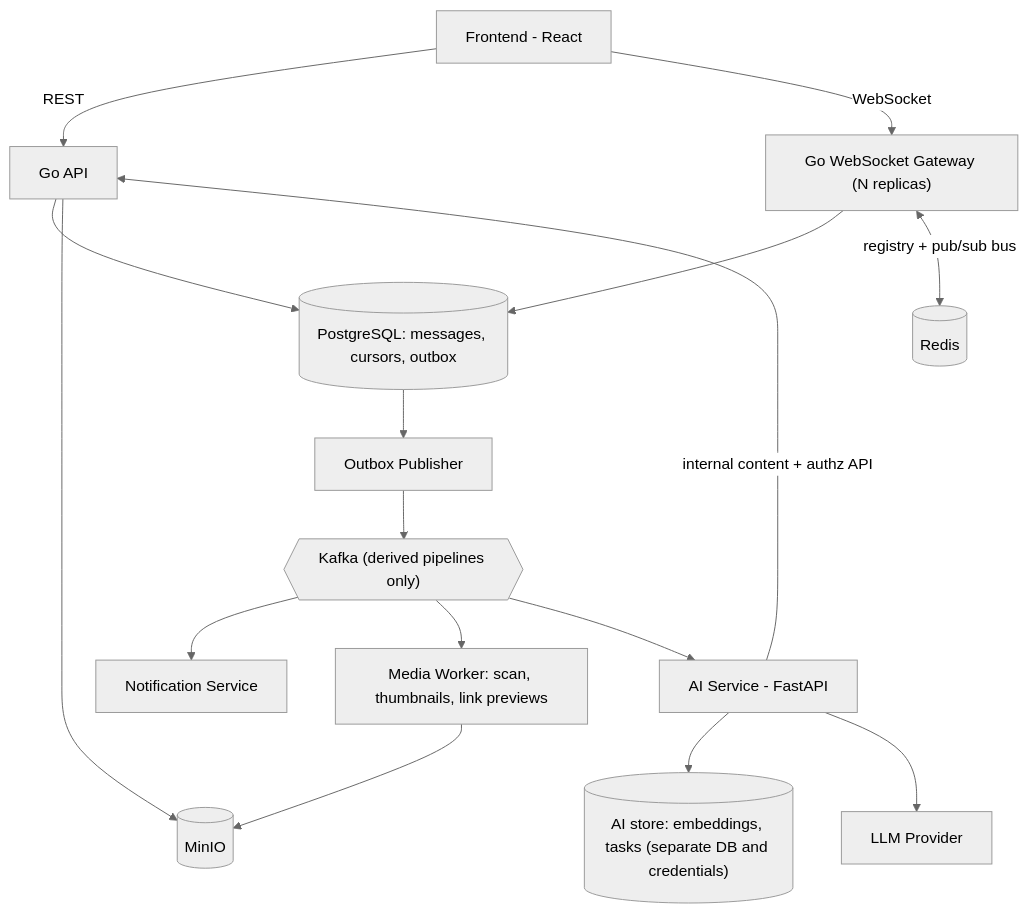
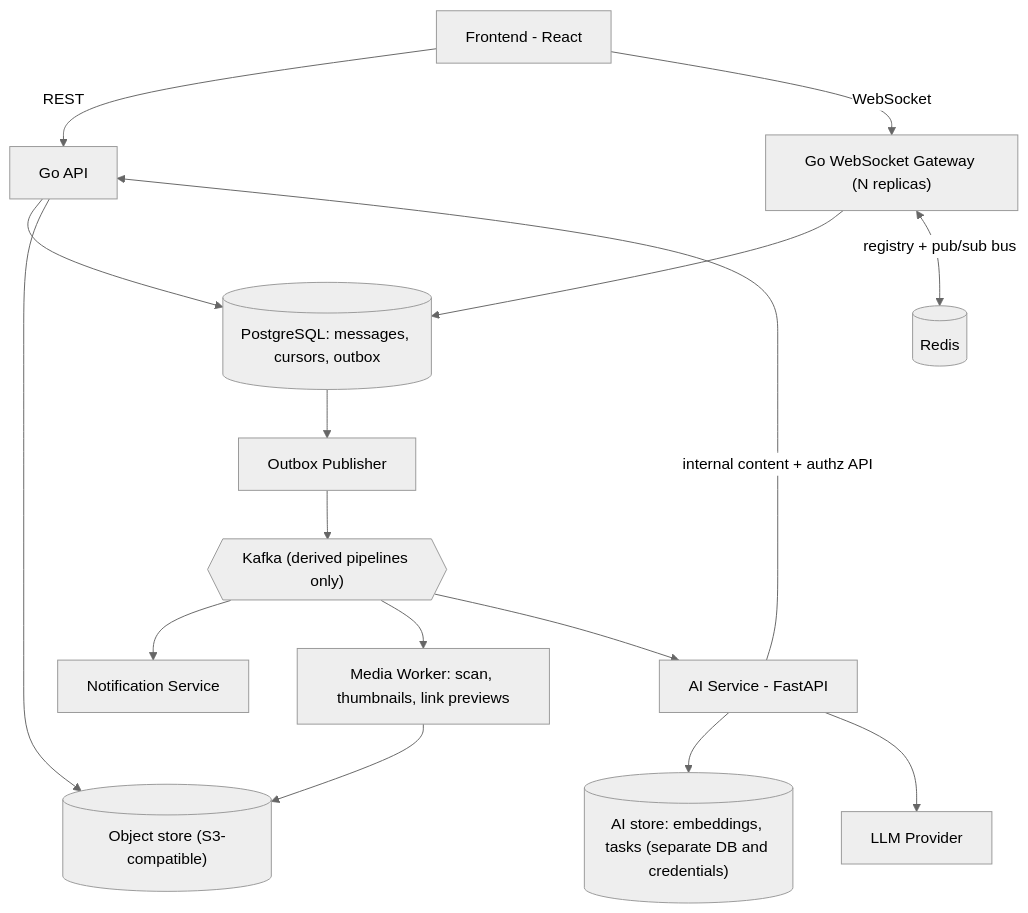
Before and after one commit to ShubhamB74/realtime-chat: the second of 6 diagrams in docs/HLD.md, drawn with Mermaid (neutral theme). The commit also changed other lines of this file and 53 other files, not shown here.

````diff
--- a/docs/HLD.md
+++ b/docs/HLD.md
@@ -17,18 +17,18 @@
 ```mermaid
 flowchart TB
   FE["Frontend - React"] -->|REST| API["Go API"]
   FE -->|WebSocket| GW["Go WebSocket Gateway (N replicas)"]
   API --> PG[("PostgreSQL: messages, cursors, outbox")]
   GW --> PG
   GW <-->|"registry + pub/sub bus"| RD[("Redis")]
-  API --> MN[("MinIO")]
+  API --> MN[("Object store (S3-compatible)")]
   PG --> OB["Outbox Publisher"]
   OB --> KF{{"Kafka (derived pipelines only)"}}
   KF --> NS["Notification Service"]
   KF --> MW["Media Worker: scan, thumbnails, link previews"]
   KF --> AI["AI Service - FastAPI"]
   AI --> AIDB[("AI store: embeddings, tasks (separate DB and credentials)")]
   AI -->|"internal content + authz API"| API
   AI --> LLM["LLM Provider"]
   MW --> MN
 ```
````
